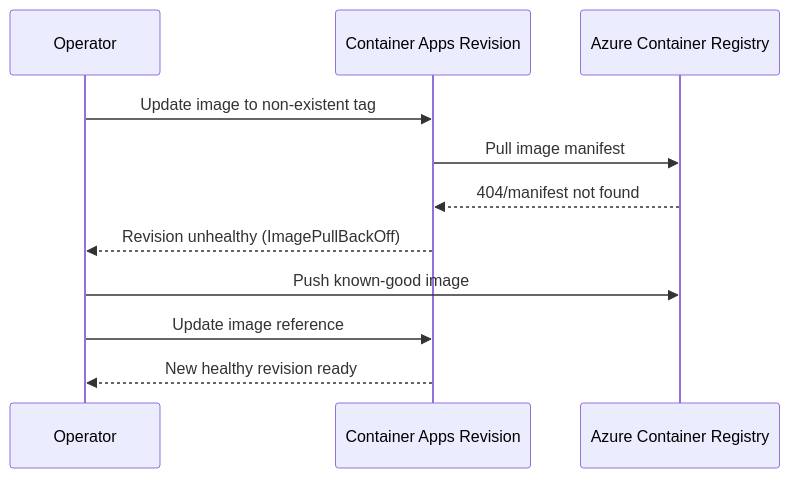
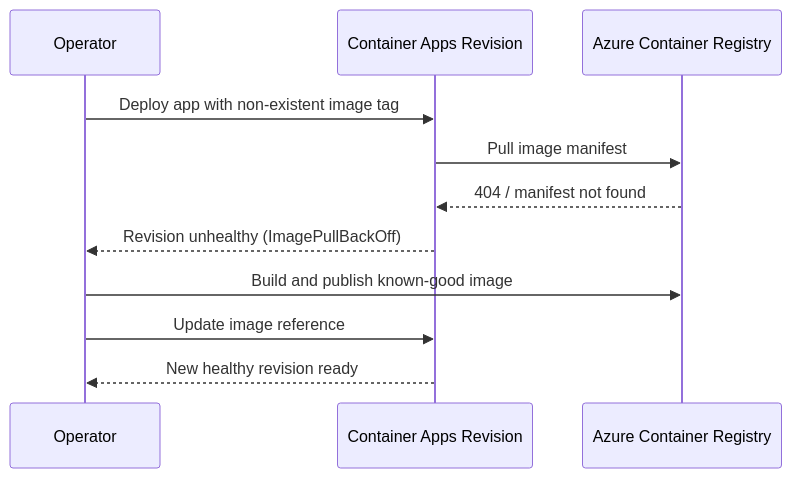
The diagram in docs/troubleshooting/lab-guides/acr-pull-failure.md (yeongseon/azure-container-apps-practical-guide), drawn with Mermaid before and after one commit. The commit also changed other lines of this file and 24 other files, not shown here.

````diff
--- a/docs/troubleshooting/lab-guides/acr-pull-failure.md
+++ b/docs/troubleshooting/lab-guides/acr-pull-failure.md
@@ -63,13 +23,13 @@
 ```mermaid
 sequenceDiagram
     participant Dev as Operator
     participant ACA as Container Apps Revision
     participant ACR as Azure Container Registry
-    Dev->>ACA: Update image to non-existent tag
+    Dev->>ACA: Deploy app with non-existent image tag
     ACA->>ACR: Pull image manifest
-    ACR-->>ACA: 404/manifest not found
+    ACR-->>ACA: 404 / manifest not found
     ACA-->>Dev: Revision unhealthy (ImagePullBackOff)
-    Dev->>ACR: Push known-good image
+    Dev->>ACR: Build and publish known-good image
     Dev->>ACA: Update image reference
     ACA-->>Dev: New healthy revision ready
 ```
````
